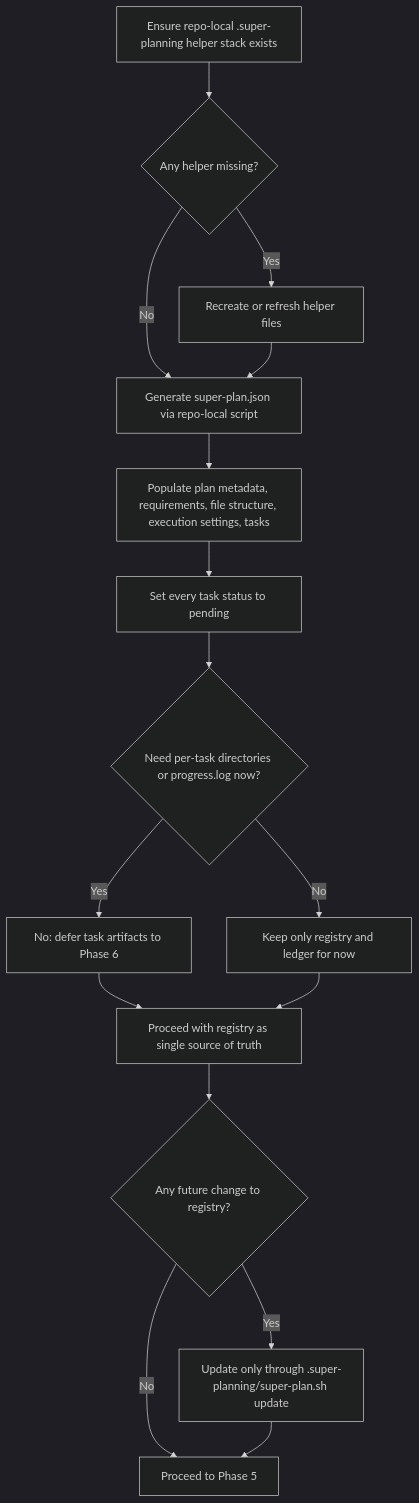
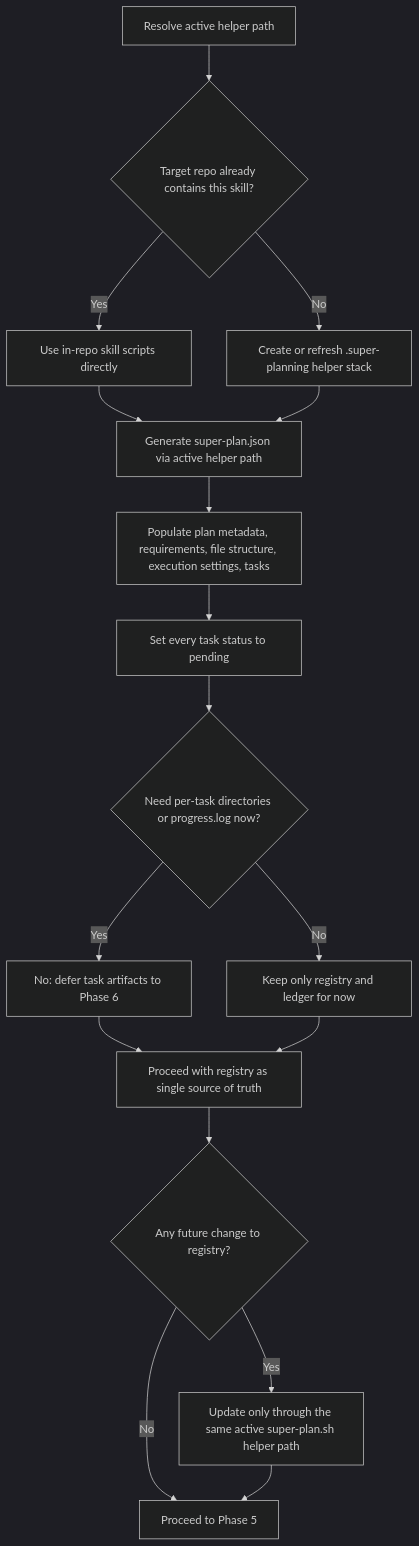
Before and after one commit to gugacarbo/agents-skills: the sixth of 11 diagrams in super-planning/docs/AGENT-DECISION-FLOW.md, drawn with Mermaid (dark theme). The commit also changed other lines of this file and 19 other files, not shown here.

First line of the commit message:
refactor(super-planning): resolve active helper path and add cancelled status

````diff
--- a/super-planning/docs/AGENT-DECISION-FLOW.md
+++ b/super-planning/docs/AGENT-DECISION-FLOW.md
@@ -122,18 +122,19 @@
 ```mermaid
 flowchart TD
-    A["Ensure repo-local .super-planning helper stack exists"] --> B{"Any helper missing?"}
-    B -->|Yes| C["Recreate or refresh helper files"]
-    B -->|No| D["Generate super-plan.json via repo-local script"]
-    C --> D
-    D --> E["Populate plan metadata, requirements, file structure, execution settings, tasks"]
-    E --> F["Set every task status to pending"]
-    F --> G{"Need per-task directories or progress.log now?"}
-    G -->|Yes| H["No: defer task artifacts to Phase 6"]
-    G -->|No| I["Keep only registry and ledger for now"]
-    H --> J["Proceed with registry as single source of truth"]
-    I --> J
-    J --> K{"Any future change to registry?"}
-    K -->|Yes| L["Update only through .super-planning/super-plan.sh update"]
-    K -->|No| M["Proceed to Phase 5"]
-    L --> M
+    A["Resolve active helper path"] --> B{"Target repo already contains this skill?"}
+    B -->|Yes| C["Use in-repo skill scripts directly"]
+    B -->|No| D["Create or refresh .super-planning helper stack"]
+    C --> E["Generate super-plan.json via active helper path"]
+    D --> E
+    E --> F["Populate plan metadata, requirements, file structure, execution settings, tasks"]
+    F --> G["Set every task status to pending"]
+    G --> H{"Need per-task directories or progress.log now?"}
+    H -->|Yes| I["No: defer task artifacts to Phase 6"]
+    H -->|No| J["Keep only registry and ledger for now"]
+    I --> K["Proceed with registry as single source of truth"]
+    J --> K
+    K --> L{"Any future change to registry?"}
+    L -->|Yes| M["Update only through the same active super-plan.sh helper path"]
+    L -->|No| N["Proceed to Phase 5"]
+    M --> N
 ```
````
